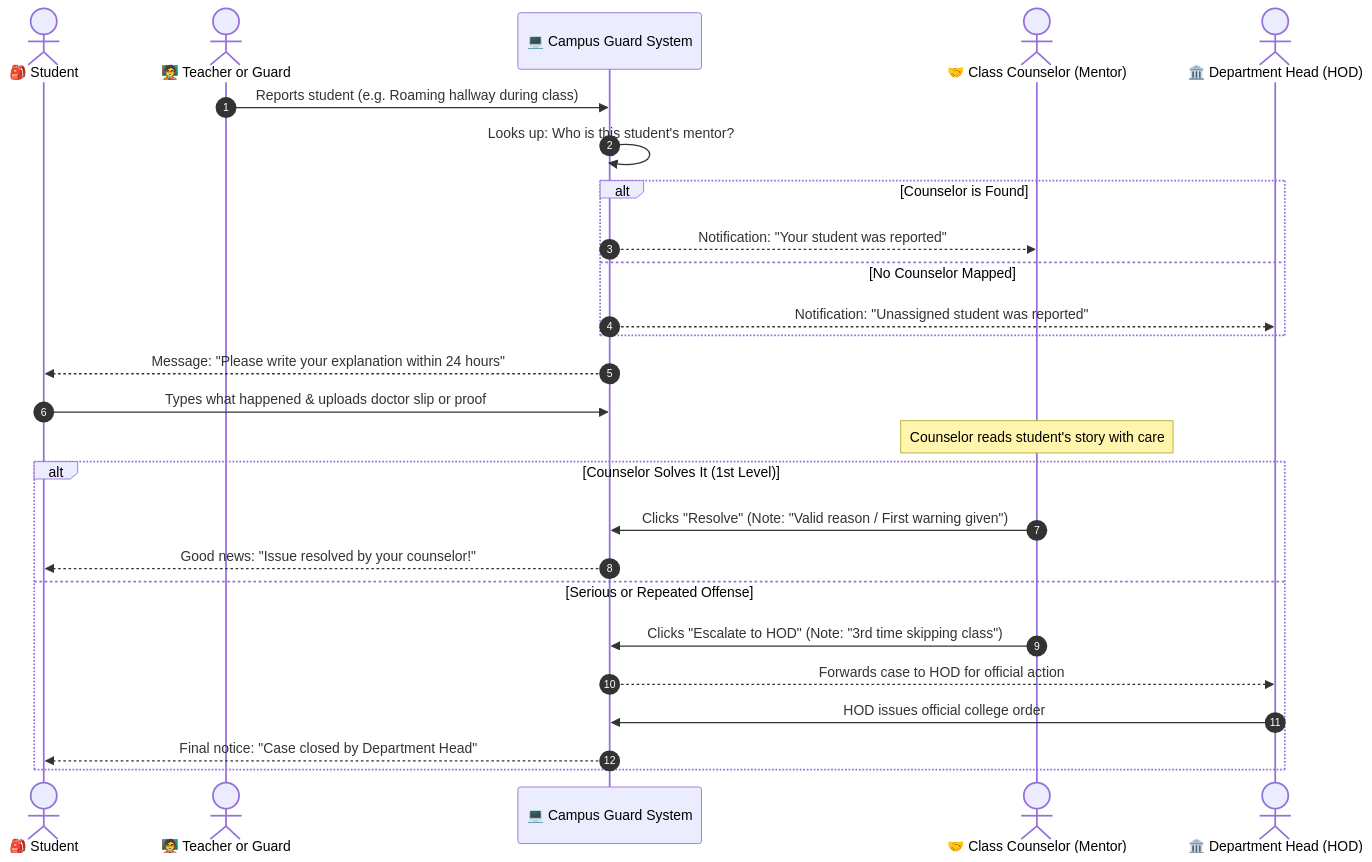
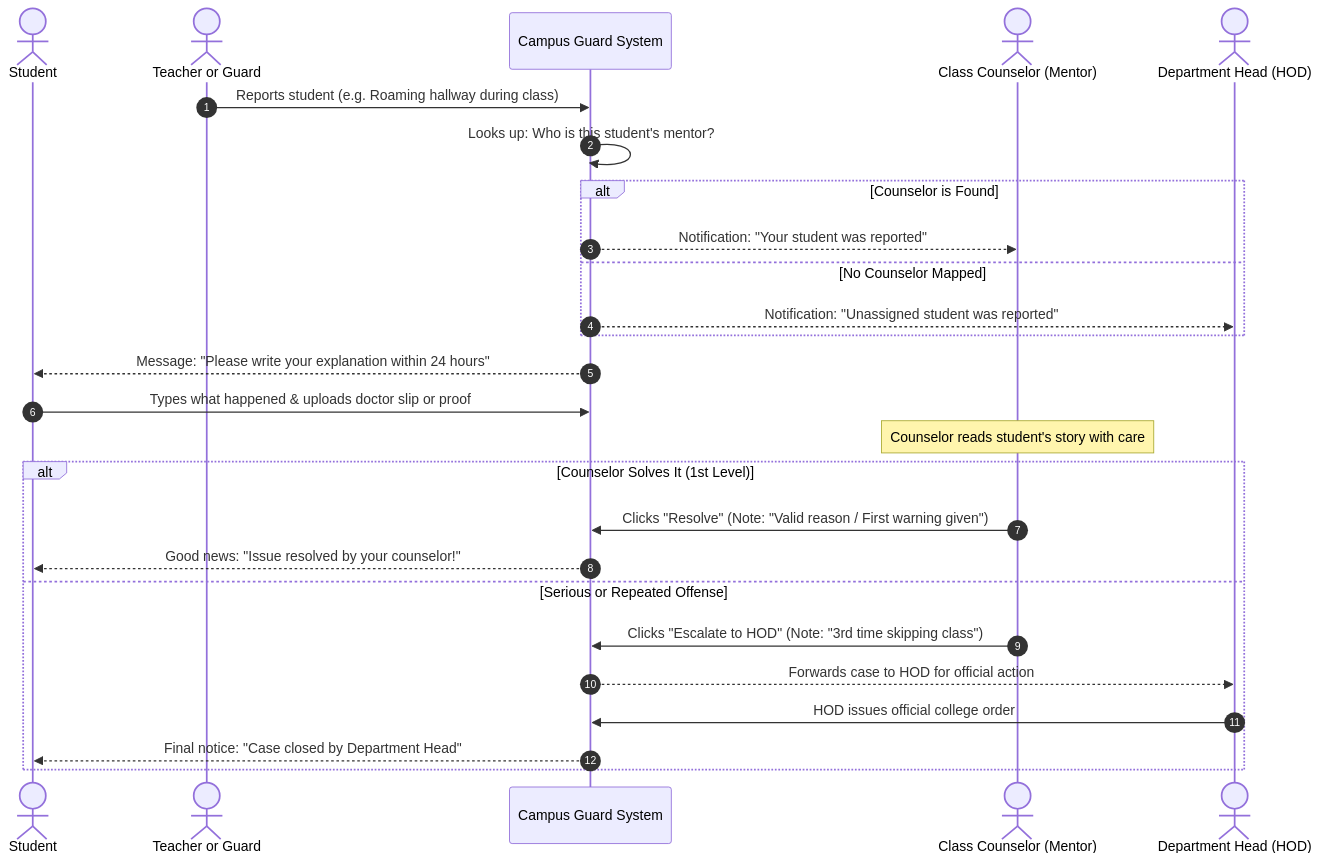
Before and after one commit to harsha-perfect-solutions/Campus-Patrol: the seventh of 9 diagrams in PROJECT_DOCUMENTATION.md, drawn with Mermaid. The commit also changed other lines of this file and 57 other files, not shown here.

````diff
--- a/PROJECT_DOCUMENTATION.md
+++ b/PROJECT_DOCUMENTATION.md
@@ -322,33 +322,33 @@
 ```mermaid
 sequenceDiagram
     autonumber
-    actor Student as 🎒 Student
-    actor Reporter as 🧑‍🏫 Teacher or Guard
-    participant System as 💻 Campus Guard System
-    actor Counselor as 🤝 Class Counselor (Mentor)
-    actor HOD as 🏛️ Department Head (HOD)
+    actor Student as Student
+    actor Reporter as Teacher or Guard
+    participant System as Campus Guard System
+    actor Counselor as Class Counselor (Mentor)
+    actor HOD as Department Head (HOD)
 
     Reporter->>System: Reports student (e.g. Roaming hallway during class)
     System->>System: Looks up: Who is this student's mentor?
     
     alt Counselor is Found
         System-->>Counselor: Notification: "Your student was reported"
     else No Counselor Mapped
         System-->>HOD: Notification: "Unassigned student was reported"
     end
 
     System-->>Student: Message: "Please write your explanation within 24 hours"
     Student->>System: Types what happened & uploads doctor slip or proof
     
     Note over Counselor: Counselor reads student's story with care
 
     alt Counselor Solves It (1st Level)
         Counselor->>System: Clicks "Resolve" (Note: "Valid reason / First warning given")
         System-->>Student: Good news: "Issue resolved by your counselor!"
     else Serious or Repeated Offense
         Counselor->>System: Clicks "Escalate to HOD" (Note: "3rd time skipping class")
         System-->>HOD: Forwards case to HOD for official action
         HOD->>System: HOD issues official college order
         System-->>Student: Final notice: "Case closed by Department Head"
     end
 ```
````
